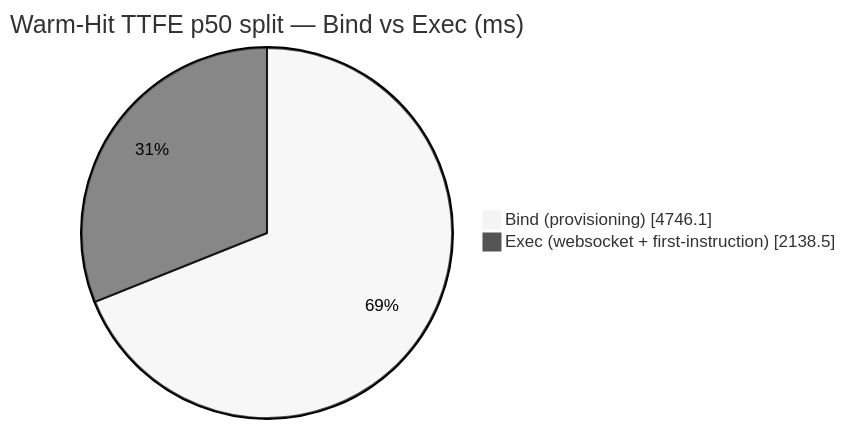
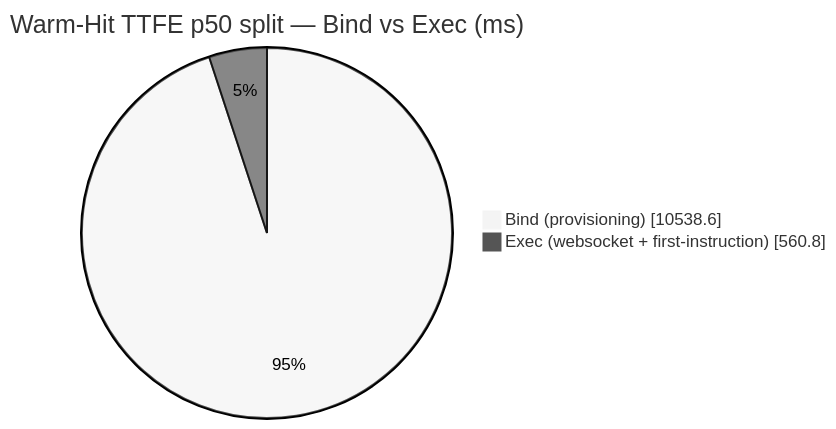
One commit to AlexBulankou/honest-bench changed the diagram in DETAILS.md. Above: the diagram before and after it, drawn with Mermaid (neutral theme). The commit also changed other lines of this file and 5 other files, not shown here.

````diff
--- a/DETAILS.md
+++ b/DETAILS.md
@@ -129,6 +130,6 @@
 ```mermaid
 pie showData
     title Warm-Hit TTFE p50 split — Bind vs Exec (ms)
-    "Bind (provisioning)" : 4746.1
-    "Exec (websocket + first-instruction)" : 2138.5
+    "Bind (provisioning)" : 10538.6
+    "Exec (websocket + first-instruction)" : 560.8
 ```
````
